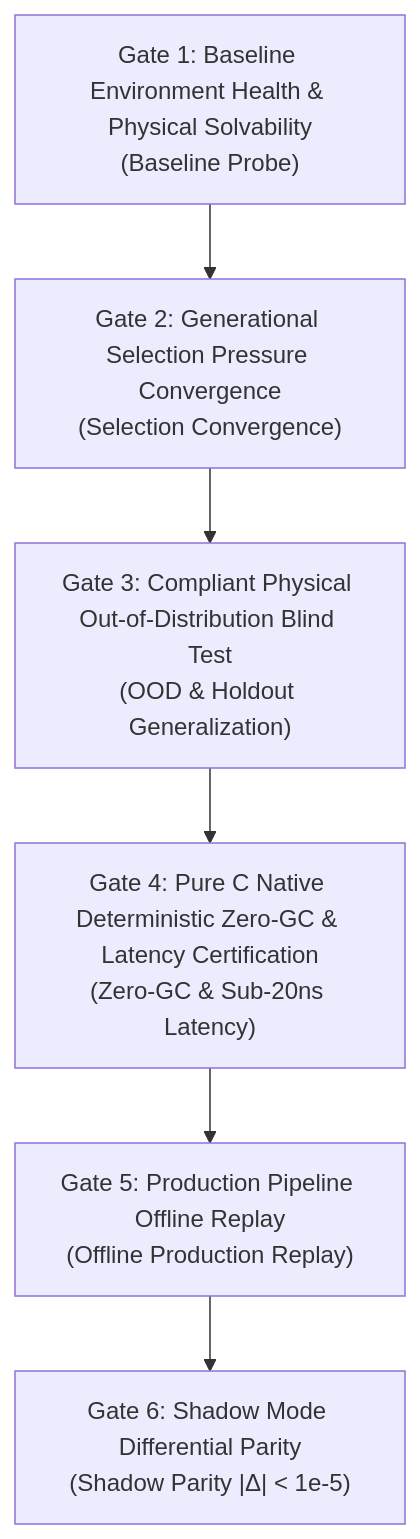
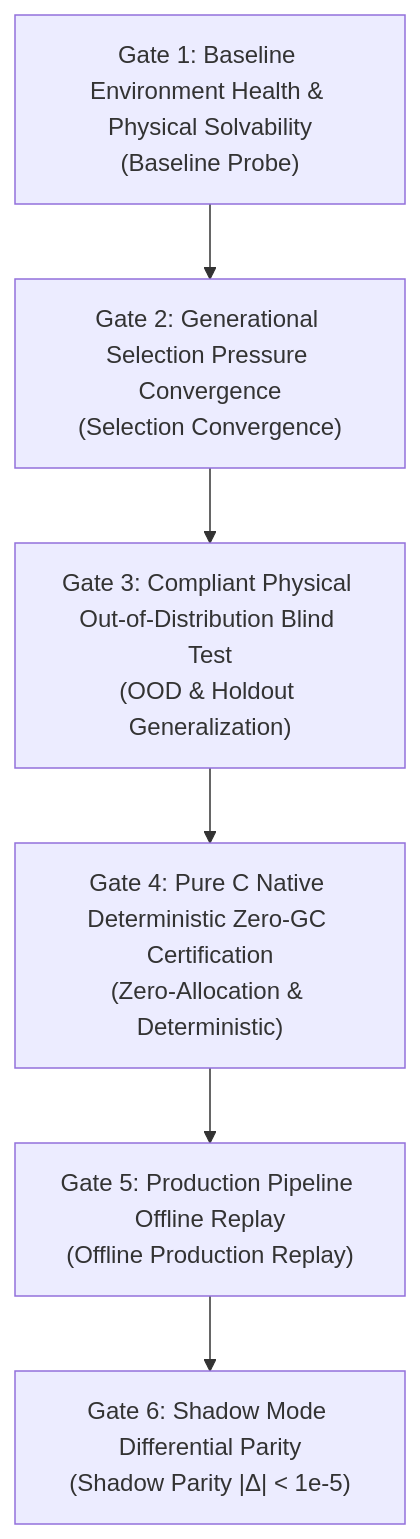
The second of 2 diagrams in docs/morphogenetic_cellular_evolution_paper.md (caixuf/kun-cellular), drawn with Mermaid before and after one commit. The commit also changed other lines of this file and 6 other files, not shown here.

````diff
--- a/docs/morphogenetic_cellular_evolution_paper.md
+++ b/docs/morphogenetic_cellular_evolution_paper.md
@@ -193,8 +193,8 @@
 ```mermaid
 graph TD
     G1["Gate 1: Baseline Environment Health & Physical Solvability<br>(Baseline Probe)"] --> G2["Gate 2: Generational Selection Pressure Convergence<br>(Selection Convergence)"]
     G2 --> G3["Gate 3: Compliant Physical Out-of-Distribution Blind Test<br>(OOD & Holdout Generalization)"]
-    G3 --> G4["Gate 4: Pure C Native Deterministic Zero-GC & Latency Certification<br>(Zero-GC & Sub-20ns Latency)"]
+    G3 --> G4["Gate 4: Pure C Native Deterministic Zero-GC Certification<br>(Zero-Allocation & Deterministic)"]
     G4 --> G5["Gate 5: Production Pipeline Offline Replay<br>(Offline Production Replay)"]
     G5 --> G6["Gate 6: Shadow Mode Differential Parity<br>(Shadow Parity |Δ| < 1e-5)"]
 ```
````
